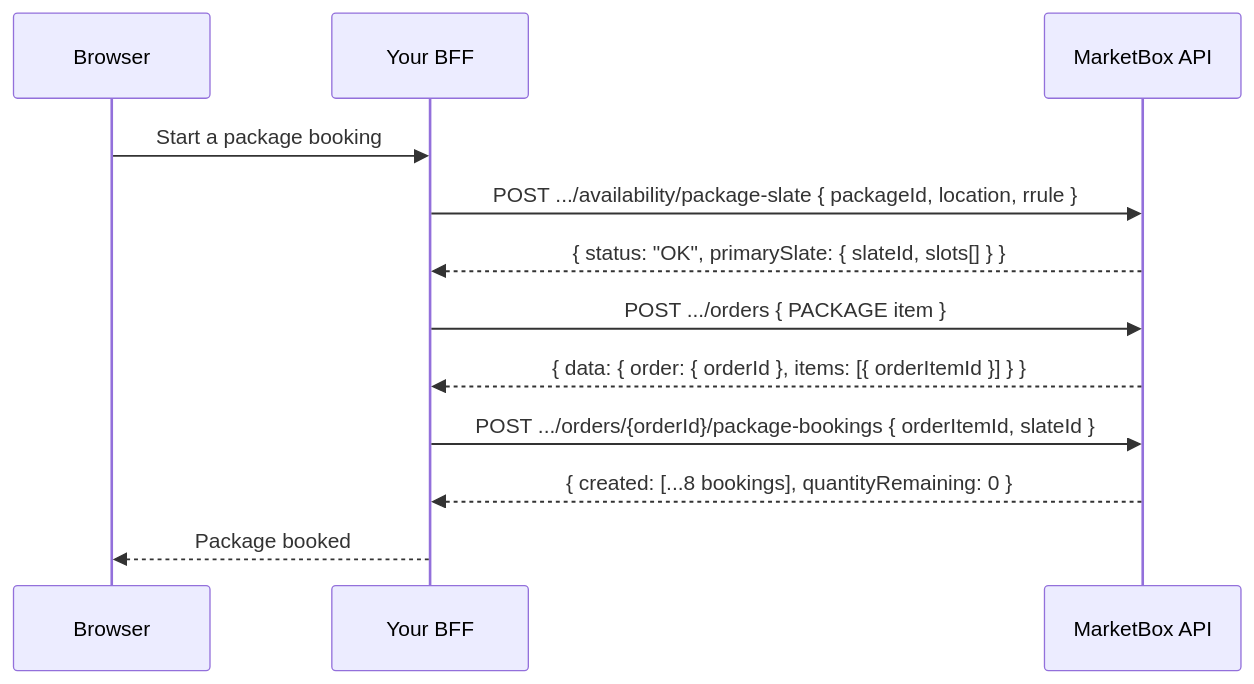
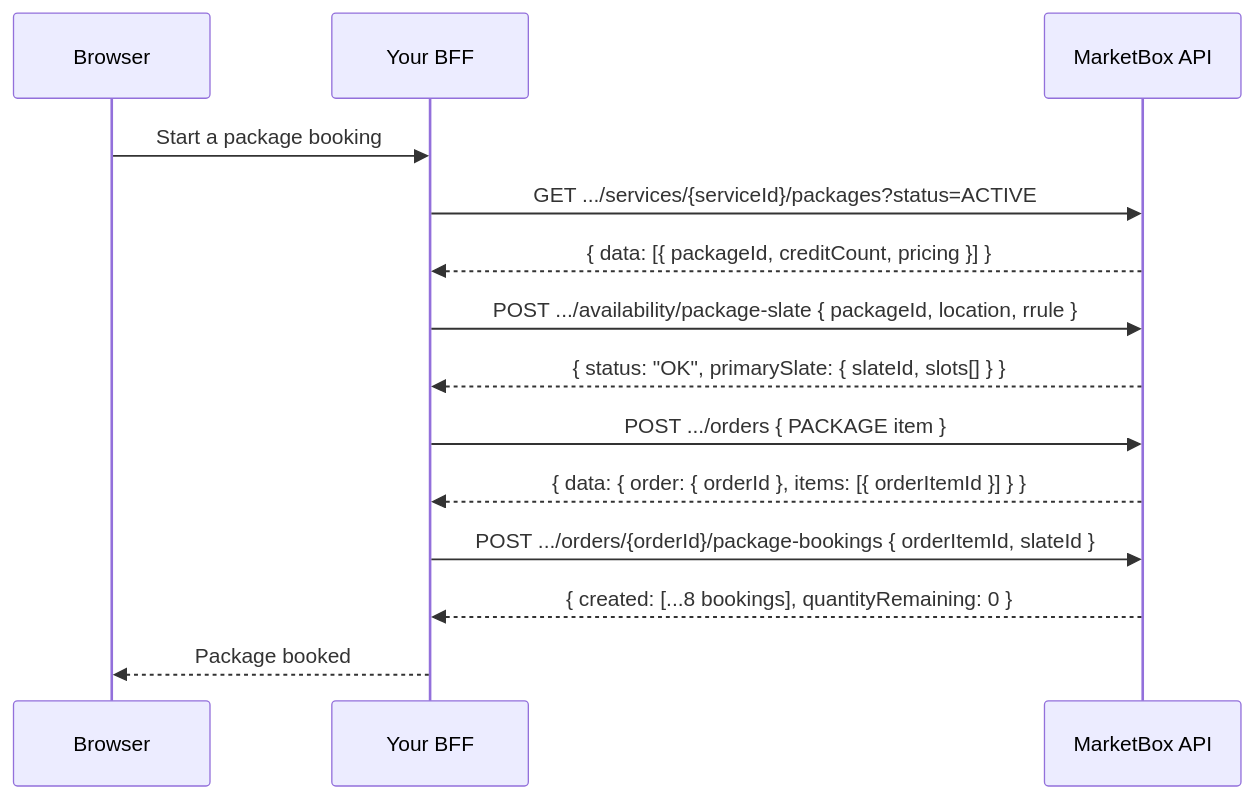
One commit to otahir3/docs changed the diagram in guides/create-a-package-booking.mdx. Above: the diagram before and after it, drawn with Mermaid. The commit also changed other lines of this file and 7 other files, not shown here.

First line of the commit message:
docs(packages): document the package storefront flow and regenerate the API reference

````diff
--- a/guides/create-a-package-booking.mdx
+++ b/guides/create-a-package-booking.mdx
@@ -53,14 +57,16 @@
 ```mermaid
 sequenceDiagram
     participant B as Browser
     participant BFF as Your BFF
     participant MB as MarketBox API
     B->>BFF: Start a package booking
+    BFF->>MB: GET .../services/{serviceId}/packages?status=ACTIVE
+    MB-->>BFF: { data: [{ packageId, creditCount, pricing }] }
     BFF->>MB: POST .../availability/package-slate { packageId, location, rrule }
     MB-->>BFF: { status: "OK", primarySlate: { slateId, slots[] } }
     BFF->>MB: POST .../orders { PACKAGE item }
     MB-->>BFF: { data: { order: { orderId }, items: [{ orderItemId }] } }
     BFF->>MB: POST .../orders/{orderId}/package-bookings { orderItemId, slateId }
     MB-->>BFF: { created: [...8 bookings], quantityRemaining: 0 }
     BFF-->>B: Package booked
 ```
````
